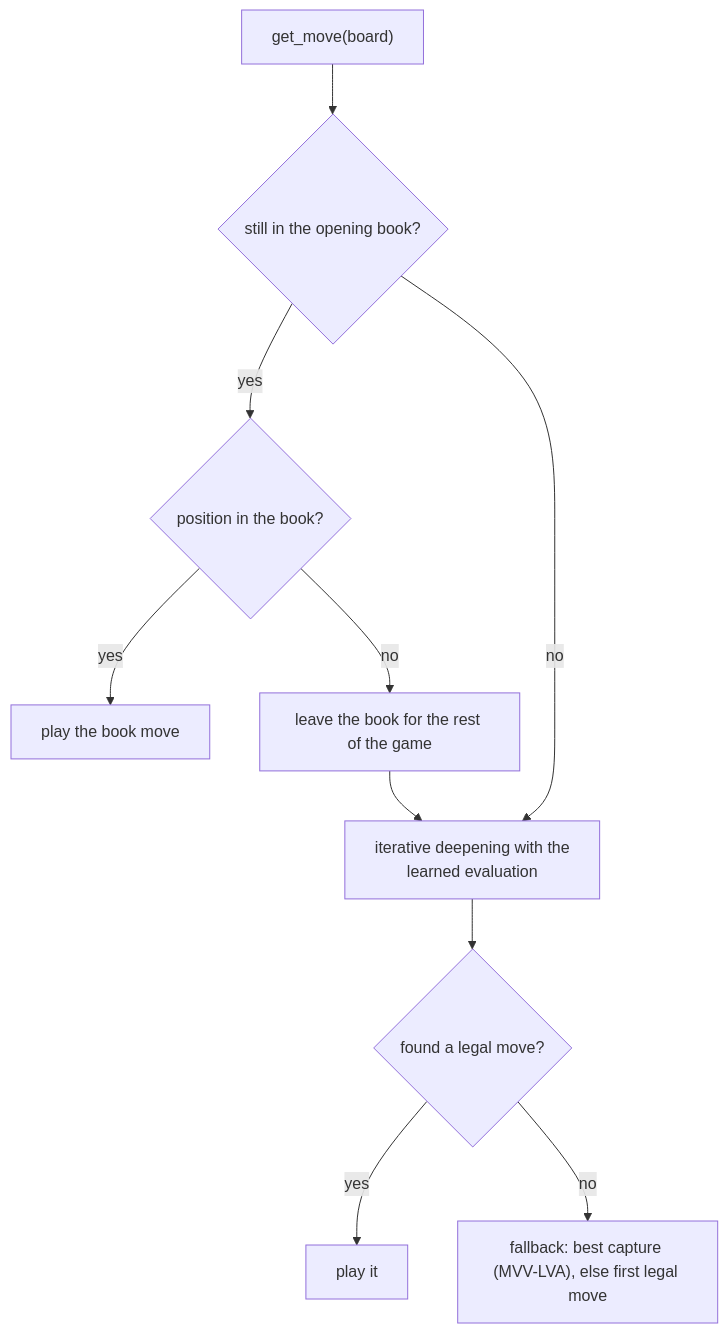
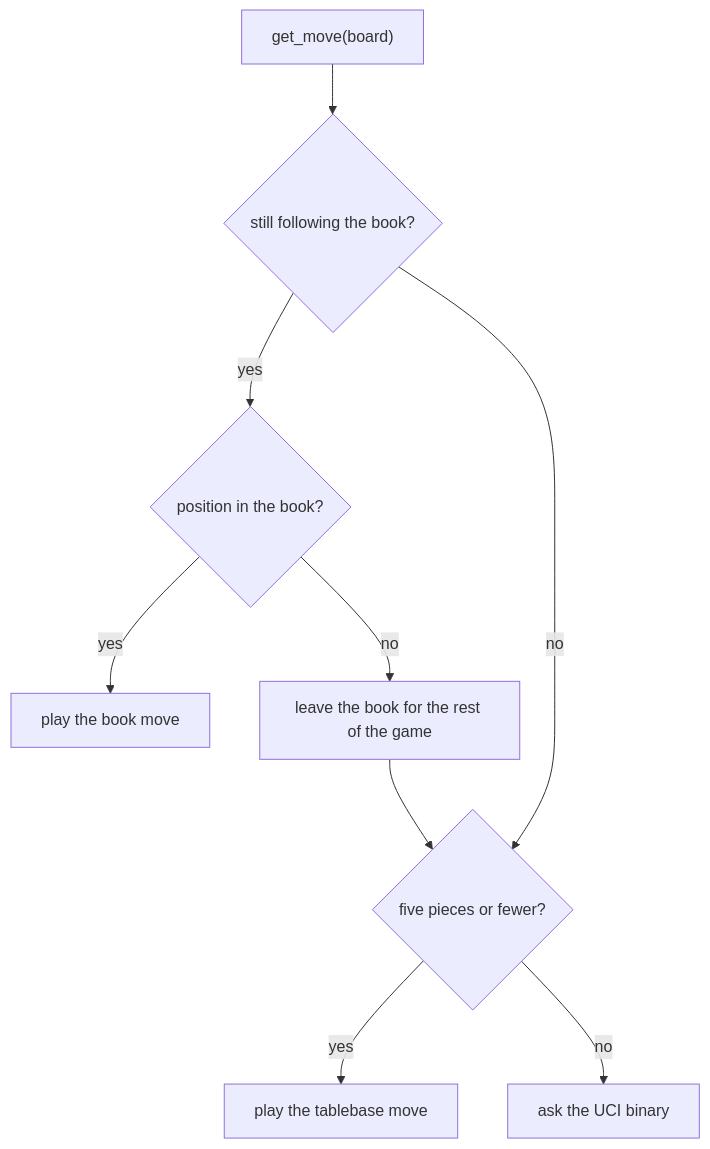
One commit to JoaquinDeVA/chess-ai-engine changed the diagram in docs/techniques/opening-book.md. Above: the diagram before and after it, drawn with Mermaid. The commit also changed other lines of this file and 37 other files, not shown here.

Commit message:
docs: rewrite every technique page with the six-section template, worked examples and light/dark diagrams

````diff
--- a/docs/techniques/opening-book.md
+++ b/docs/techniques/opening-book.md
@@ -16,11 +36,10 @@
 ```mermaid
 flowchart TD
-    S["get_move(board)"] --> Q{"still in the opening book?"}
+    S["get_move(board)"] --> Q{"still following the book?"}
     Q -- yes --> W{"position in the book?"}
     W -- yes --> M["play the book move"]
-    W -- no --> I["leave the book for the rest of the game"] --> ID
-    Q -- no --> ID["iterative deepening with the<br/>learned evaluation"]
-    ID --> F{"found a legal move?"}
-    F -- yes --> OUT["play it"]
-    F -- no --> FB["fallback: best capture (MVV-LVA), else first legal move"]
+    W -- no --> I["leave the book for the rest of the game"] --> TB
+    Q -- no --> TB{"five pieces or fewer?"}
+    TB -- yes --> T["play the tablebase move"]
+    TB -- no --> E["ask the UCI binary"]
 ```
````
